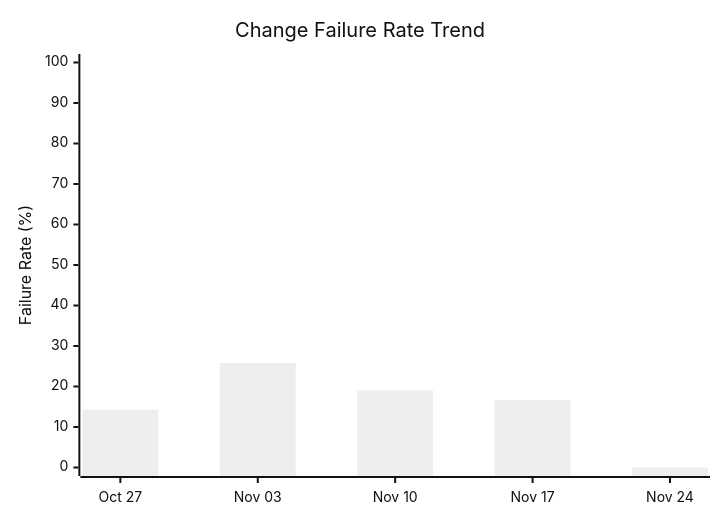
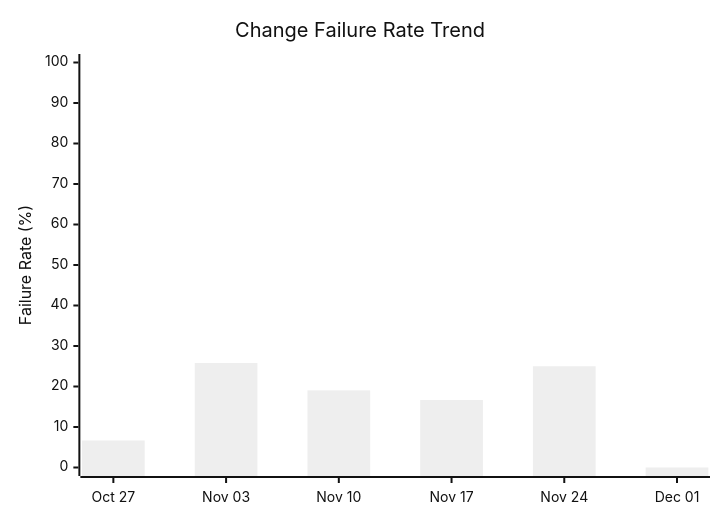
Before and after one commit to ukma-cs-ssdm-2025/rate-ukma: the fourth of 4 diagrams in docs/ci-cd/dora-summary.md, drawn with Mermaid (neutral theme). The commit also changed other lines of this file, not shown here.

````diff
--- a/docs/ci-cd/dora-summary.md
+++ b/docs/ci-cd/dora-summary.md
@@ -64,7 +65,7 @@
 ```mermaid
 xychart-beta
     title "Change Failure Rate Trend"
-    x-axis ["Oct 27", "Nov 03", "Nov 10", "Nov 17", "Nov 24"]
+    x-axis ["Oct 27", "Nov 03", "Nov 10", "Nov 17", "Nov 24", "Dec 01"]
     y-axis "Failure Rate (%)" 0 --> 100
-    bar [14.29, 25.81, 19.05, 16.67, 0.00]
+    bar [6.67, 25.81, 19.05, 16.67, 25.00, 0.00]
 ```
````
